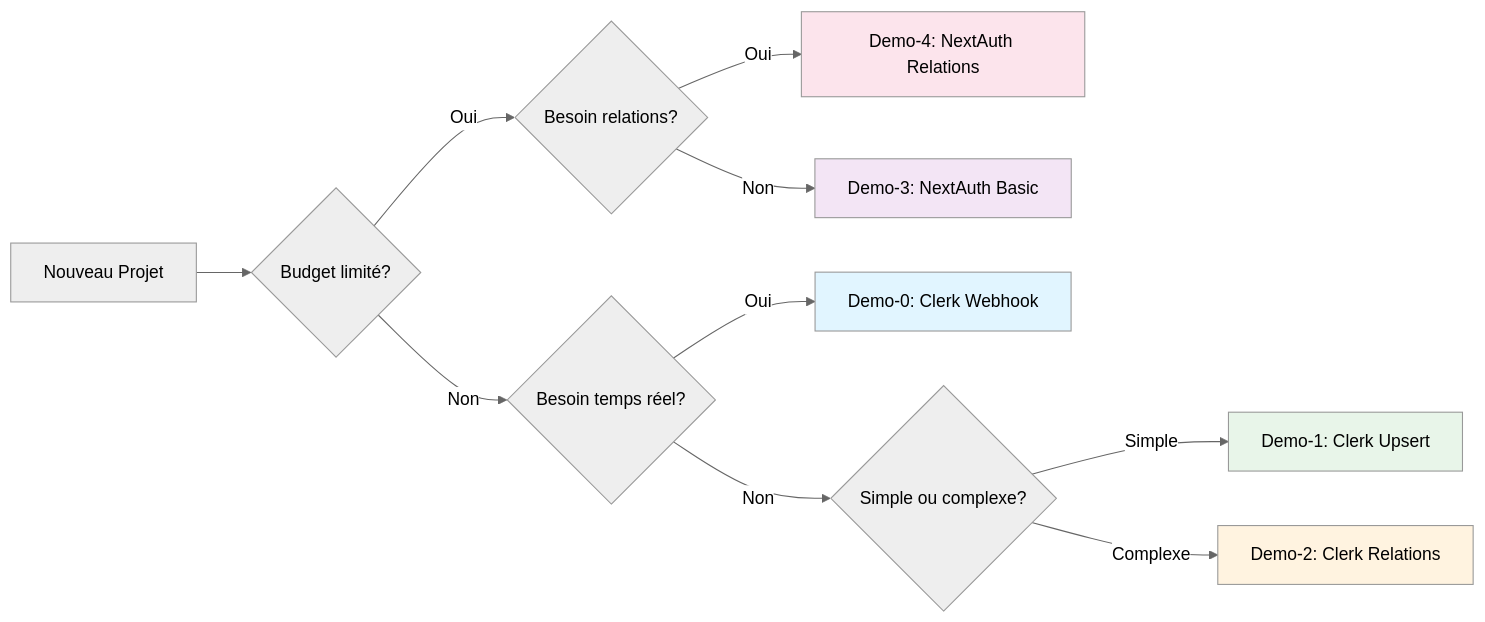
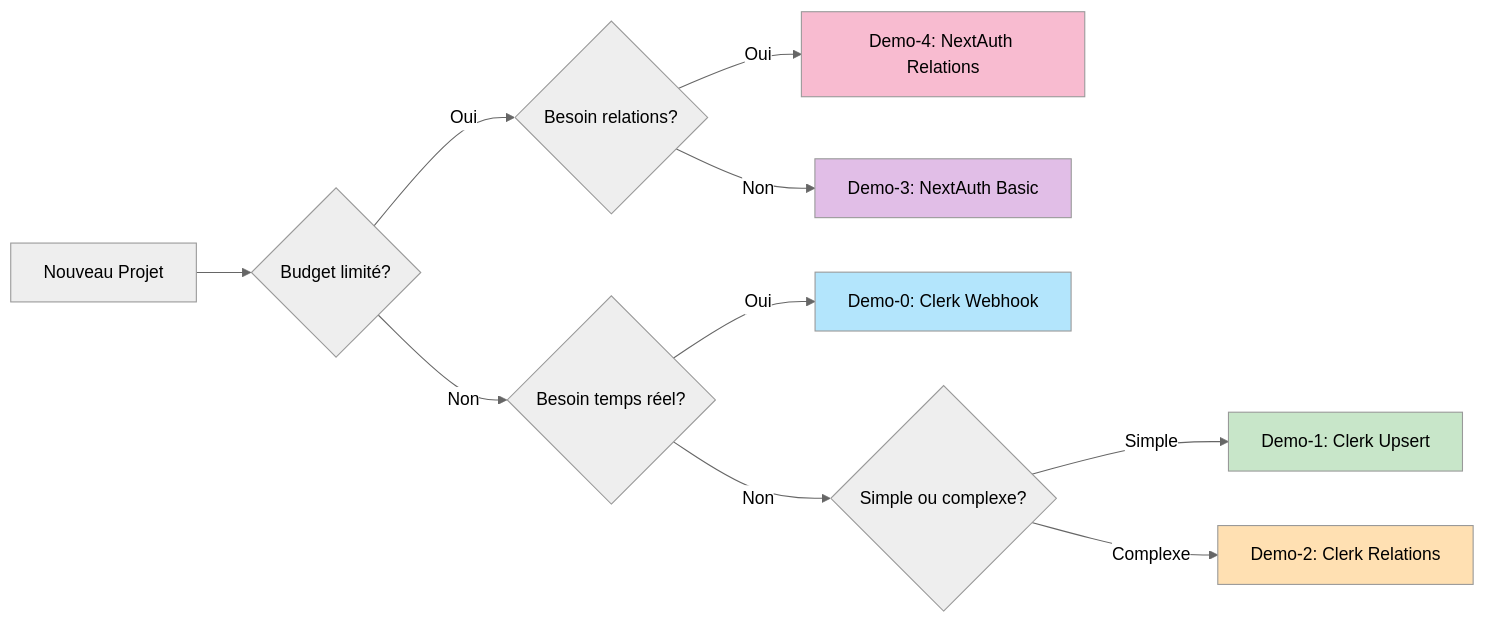
The second of 39 diagrams in 02-DIAGRAMMES_ARCHITECTURES.md (inskillflow/auths-1-NEXTJS-introduction), drawn with Mermaid (neutral theme) before and after one commit. The commit also changed other lines of this file, not shown here.

````diff
--- a/02-DIAGRAMMES_ARCHITECTURES.md
+++ b/02-DIAGRAMMES_ARCHITECTURES.md
@@ -67,21 +67,21 @@
 ```mermaid
 graph LR
     START[Nouveau Projet] --> Q1{Budget limité?}
     Q1 -->|Oui| Q2{Besoin relations?}
     Q1 -->|Non| Q3{Besoin temps réel?}
     
     Q2 -->|Oui| DEMO4[Demo-4: NextAuth Relations]
     Q2 -->|Non| DEMO3[Demo-3: NextAuth Basic]
     
     Q3 -->|Oui| DEMO0[Demo-0: Clerk Webhook]
     Q3 -->|Non| Q4{Simple ou complexe?}
     
     Q4 -->|Simple| DEMO1[Demo-1: Clerk Upsert]
     Q4 -->|Complexe| DEMO2[Demo-2: Clerk Relations]
     
-    style DEMO0 fill:#e1f5ff
-    style DEMO1 fill:#e8f5e9
-    style DEMO2 fill:#fff3e0
-    style DEMO3 fill:#f3e5f5
-    style DEMO4 fill:#fce4ec
+    style DEMO0 fill:#b3e5fc
+    style DEMO1 fill:#c8e6c9
+    style DEMO2 fill:#ffe0b2
+    style DEMO3 fill:#e1bee7
+    style DEMO4 fill:#f8bbd0
 ```
````
